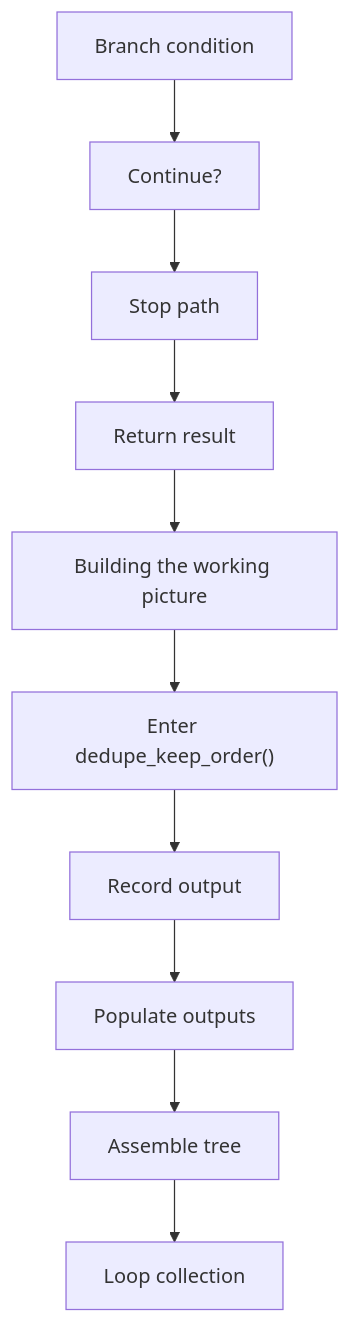
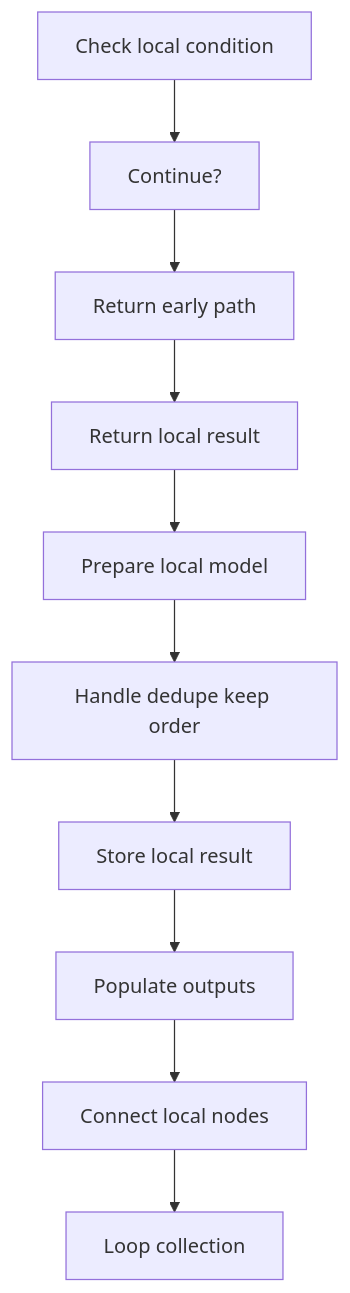
One commit to JohnAndrewBalbarosa/NeoTerritory changed the seventh of 9 diagrams in docs/Codebase/Microservice/Modules/Source/HashingMechanism/HashLinks/Common/Flow/hash_links_common_program_flow.cpp.md. Above: the diagram before and after it, drawn with Mermaid. The commit also changed other lines of this file and 925 other files, not shown here.

````diff
--- a/docs/Codebase/Microservice/Modules/Source/HashingMechanism/HashLinks/Common/Flow/hash_links_common_program_flow.cpp.md
+++ b/docs/Codebase/Microservice/Modules/Source/HashingMechanism/HashLinks/Common/Flow/hash_links_common_program_flow.cpp.md
@@ -171,22 +171,22 @@
 ```mermaid
 flowchart TD
-    N0["Branch condition"]
+    N0["Check local condition"]
     N1["Continue?"]
-    N2["Stop path"]
-    N3["Return result"]
-    N4["Building the working picture"]
-    N5["Enter dedupe_keep_order()"]
-    N6["Record output"]
+    N2["Return early path"]
+    N3["Return local result"]
+    N4["Prepare local model"]
+    N5["Handle dedupe keep order"]
+    N6["Store local result"]
     N7["Populate outputs"]
-    N8["Assemble tree"]
+    N8["Connect local nodes"]
     N9["Loop collection"]
     N0 --> N1
     N1 --> N2
     N2 --> N3
     N3 --> N4
     N4 --> N5
     N5 --> N6
     N6 --> N7
     N7 --> N8
     N8 --> N9
 ```
````
